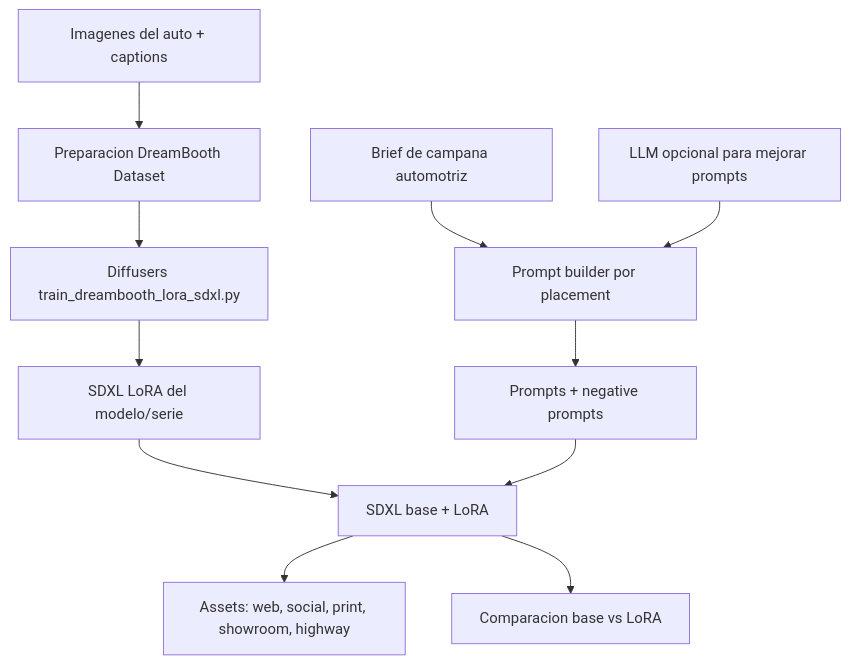
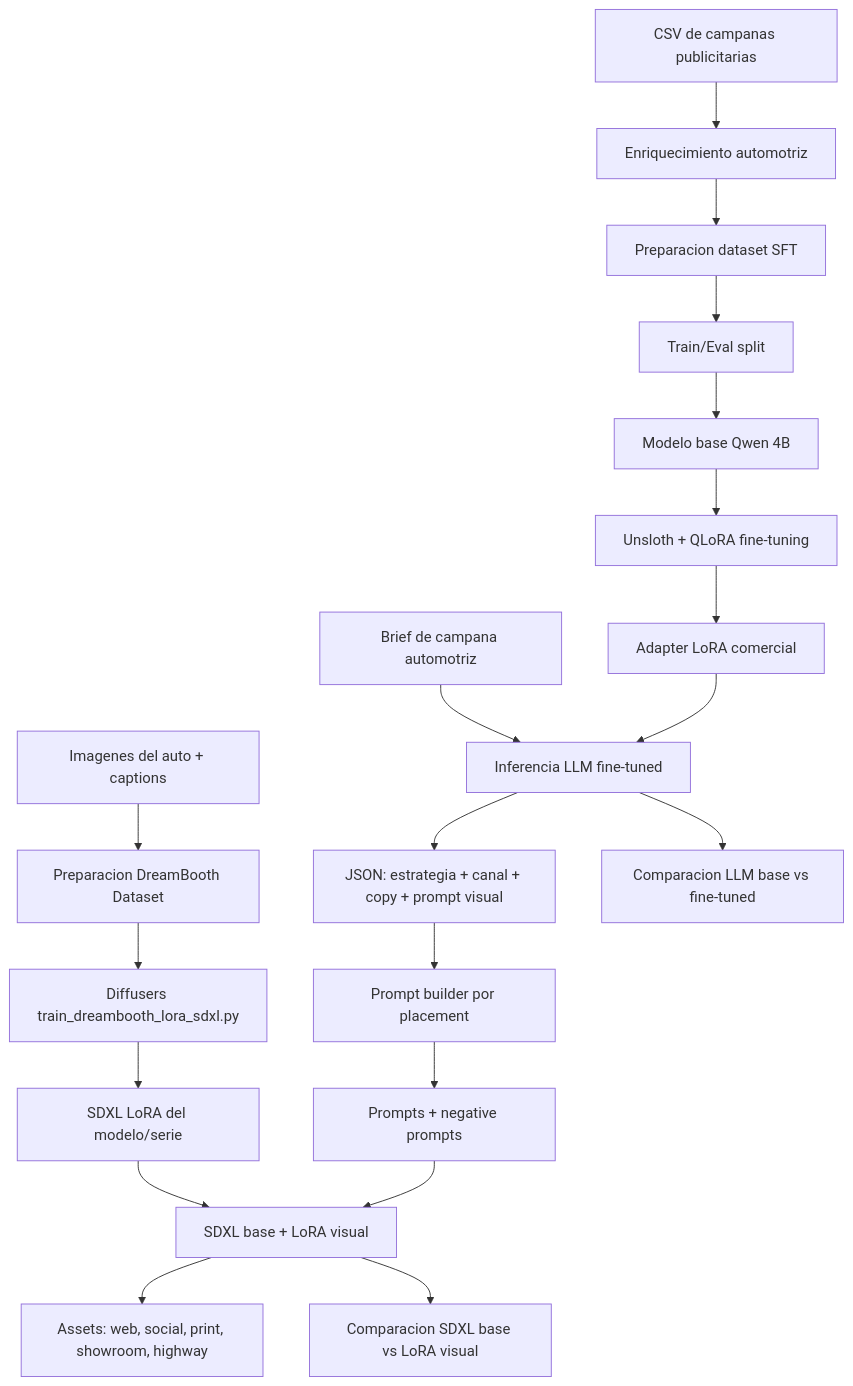
One commit to PedroMM98/dmc-tp3-gen-multimodal changed the diagram in docs/proyecto_final_comercial_demo_notebook_plan.md. Above: the diagram before and after it, drawn with Mermaid. The commit also changed other lines of this file and 8 other files, not shown here.

````diff
--- a/docs/proyecto_final_comercial_demo_notebook_plan.md
+++ b/docs/proyecto_final_comercial_demo_notebook_plan.md
@@ -307,13 +496,22 @@
 ```mermaid
 flowchart TD
-    A[Imagenes del auto + captions] --> B[Preparacion DreamBooth Dataset]
-    B --> C[Diffusers train_dreambooth_lora_sdxl.py]
-    C --> D[SDXL LoRA del modelo/serie]
-    E[Brief de campana automotriz] --> F[Prompt builder por placement]
-    G[LLM opcional para mejorar prompts] --> F
-    F --> H[Prompts + negative prompts]
-    D --> I[SDXL base + LoRA]
-    H --> I
-    I --> J[Assets: web, social, print, showroom, highway]
-    I --> K[Comparacion base vs LoRA]
+    A[CSV de campanas publicitarias] --> B[Enriquecimiento automotriz]
+    B --> C[Preparacion dataset SFT]
+    C --> D[Train/Eval split]
+    D --> E[Modelo base Qwen 4B]
+    E --> F[Unsloth + QLoRA fine-tuning]
+    F --> G[Adapter LoRA comercial]
+    H[Brief de campana automotriz] --> I[Inferencia LLM fine-tuned]
+    G --> I
+    I --> J[JSON: estrategia + canal + copy + prompt visual]
+    K[Imagenes del auto + captions] --> L[Preparacion DreamBooth Dataset]
+    L --> M[Diffusers train_dreambooth_lora_sdxl.py]
+    M --> N[SDXL LoRA del modelo/serie]
+    J --> O[Prompt builder por placement]
+    O --> P[Prompts + negative prompts]
+    N --> Q[SDXL base + LoRA visual]
+    P --> Q
+    Q --> R[Assets: web, social, print, showroom, highway]
+    I --> S[Comparacion LLM base vs fine-tuned]
+    Q --> T[Comparacion SDXL base vs LoRA visual]
 ```
````
